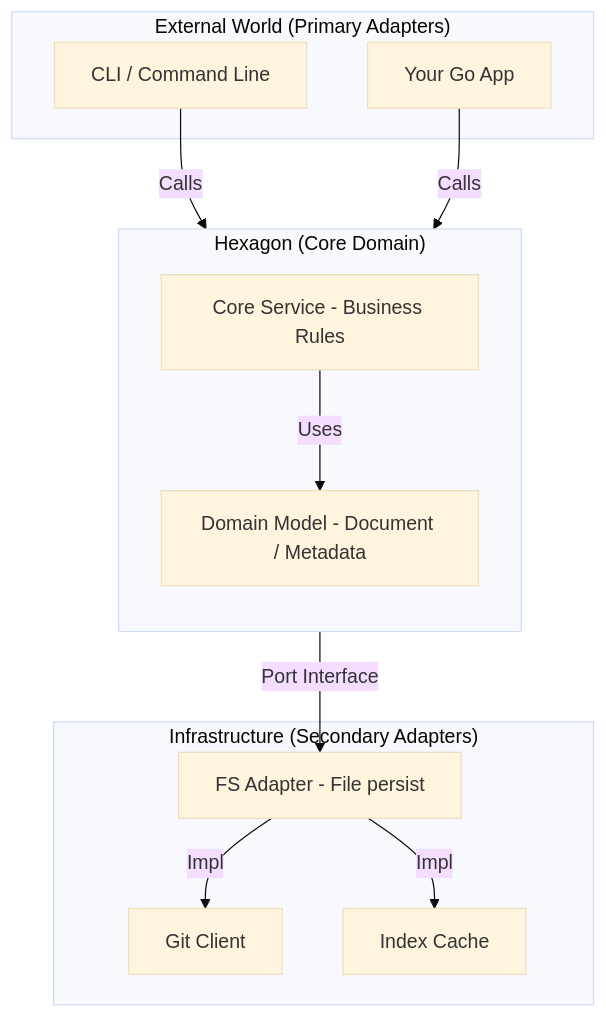
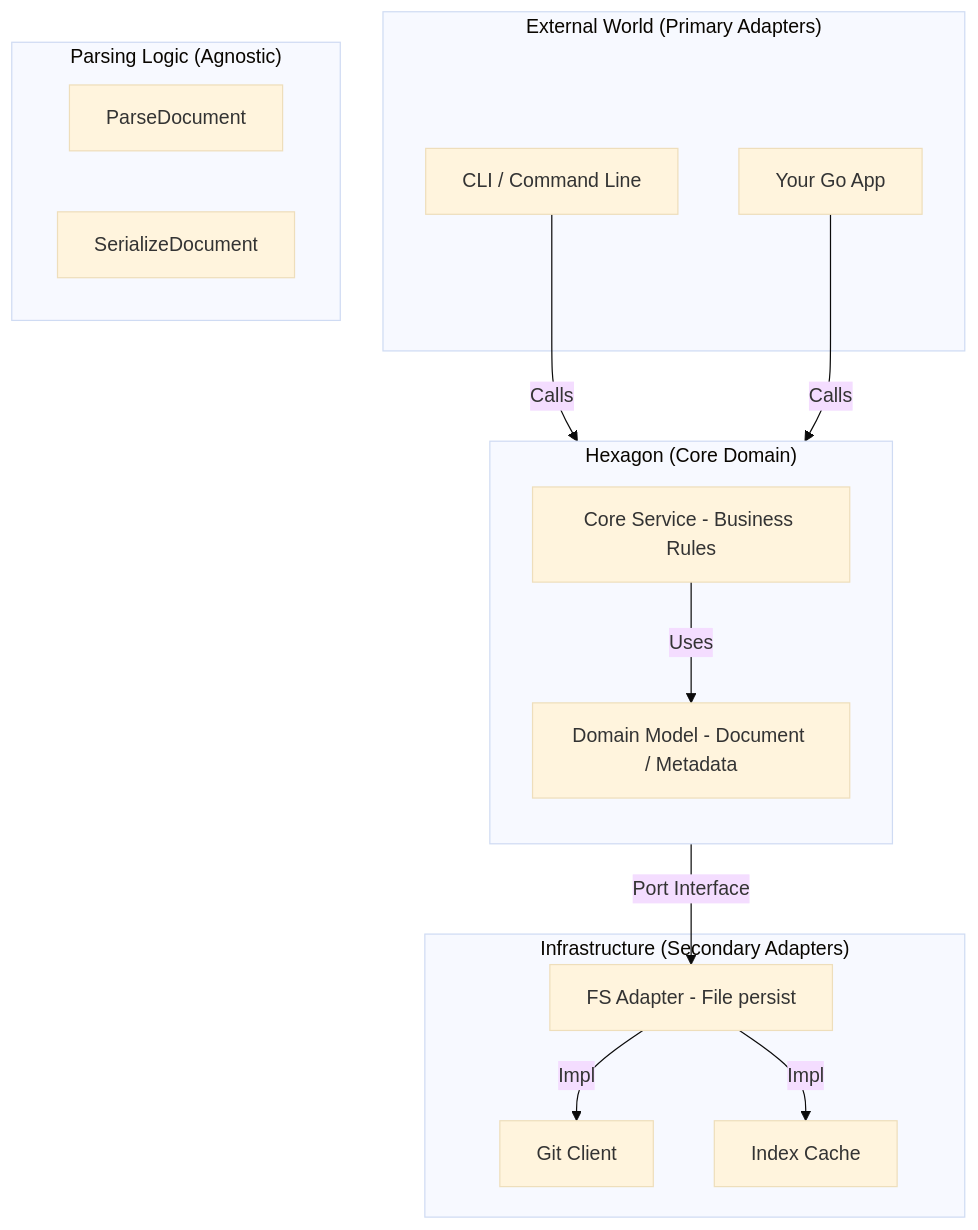
The first of 3 diagrams in docs/TECHNICAL.md (aretw0/loam), drawn with Mermaid (base theme) before and after one commit. The commit also changed other lines of this file and 2 other files, not shown here.

Commit message:
docs: Add product vision, technical architecture, and Unix pipes recipes.

````diff
--- a/docs/TECHNICAL.md
+++ b/docs/TECHNICAL.md
@@ -15,28 +15,33 @@
 ```mermaid
 graph TD
     subgraph "External World (Primary Adapters)"
         CLI[CLI / Command Line]
         App[Your Go App]
+    end
+
+    subgraph "Parsing Logic (Agnostic)"
+        PD[ParseDocument]
+        SD[SerializeDocument]
     end
 
     subgraph "Hexagon (Core Domain)"
         direction TB
         Service[Core Service - Business Rules]
         Model[Domain Model - Document / Metadata]
     end
 
     subgraph "Infrastructure (Secondary Adapters)"
         FSAdapter[FS Adapter - File persist]
         Git[Git Client]
         Cache[Index Cache]
     end
 
     CLI -->|Calls| Service
     App -->|Calls| Service
     
     Service -->|Uses| Model
     Service -->|Port Interface| FSAdapter
     
     FSAdapter -->|Impl| Git
     FSAdapter -->|Impl| Cache
 ```
````
